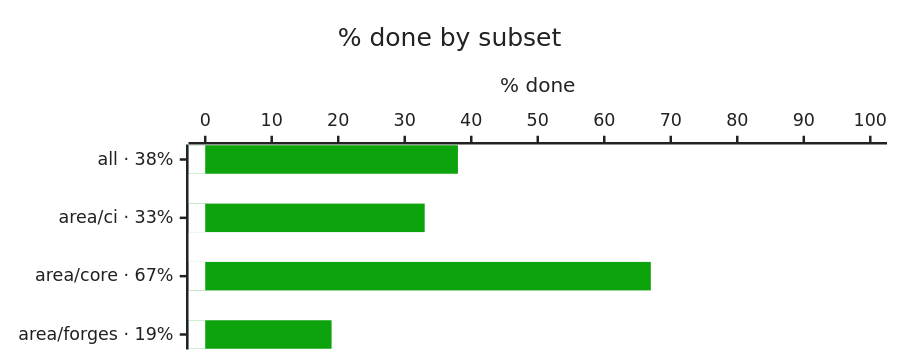
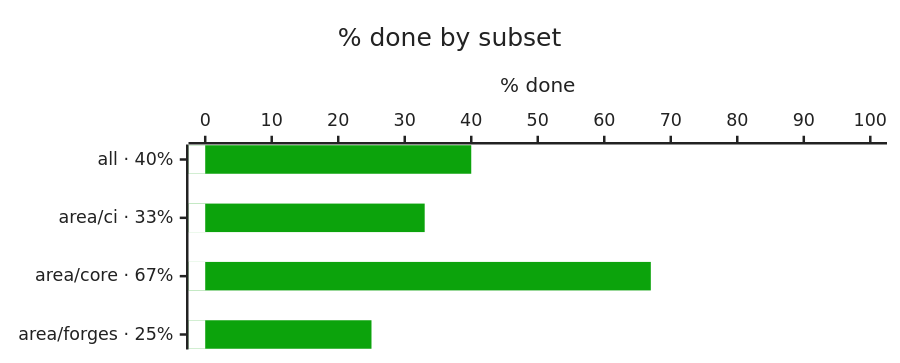
Before and after one commit to bvraghav/pmtrack: the first of 4 diagrams in progress/README.md, drawn with Mermaid. The commit also changed other lines of this file and 5 other files, not shown here.

````diff
--- a/progress/README.md
+++ b/progress/README.md
@@ -5,9 +5,9 @@
 ```mermaid
 %%{init: {"themeVariables": {"xyChart": {"backgroundColor": "#ffffff", "titleColor": "#222222", "plotColorPalette": "#0ca30c,#ffffff", "xAxisLabelColor": "#222222", "xAxisTitleColor": "#222222", "xAxisTickColor": "#222222", "xAxisLineColor": "#222222", "yAxisLabelColor": "#222222", "yAxisTitleColor": "#222222", "yAxisTickColor": "#222222", "yAxisLineColor": "#222222"}}, "xyChart": {"height": 270}}}%%
 xychart-beta horizontal
   title "% done by subset"
-  x-axis ["all · 38%", "area/ci · 33%", "area/core · 67%", "area/forges · 19%"]
+  x-axis ["all · 40%", "area/ci · 33%", "area/core · 67%", "area/forges · 25%"]
   y-axis "% done" 0 --> 100
-  bar [38, 33, 67, 19]
+  bar [40, 33, 67, 25]
   bar [0, 0, 0, 0]
 ```
````
